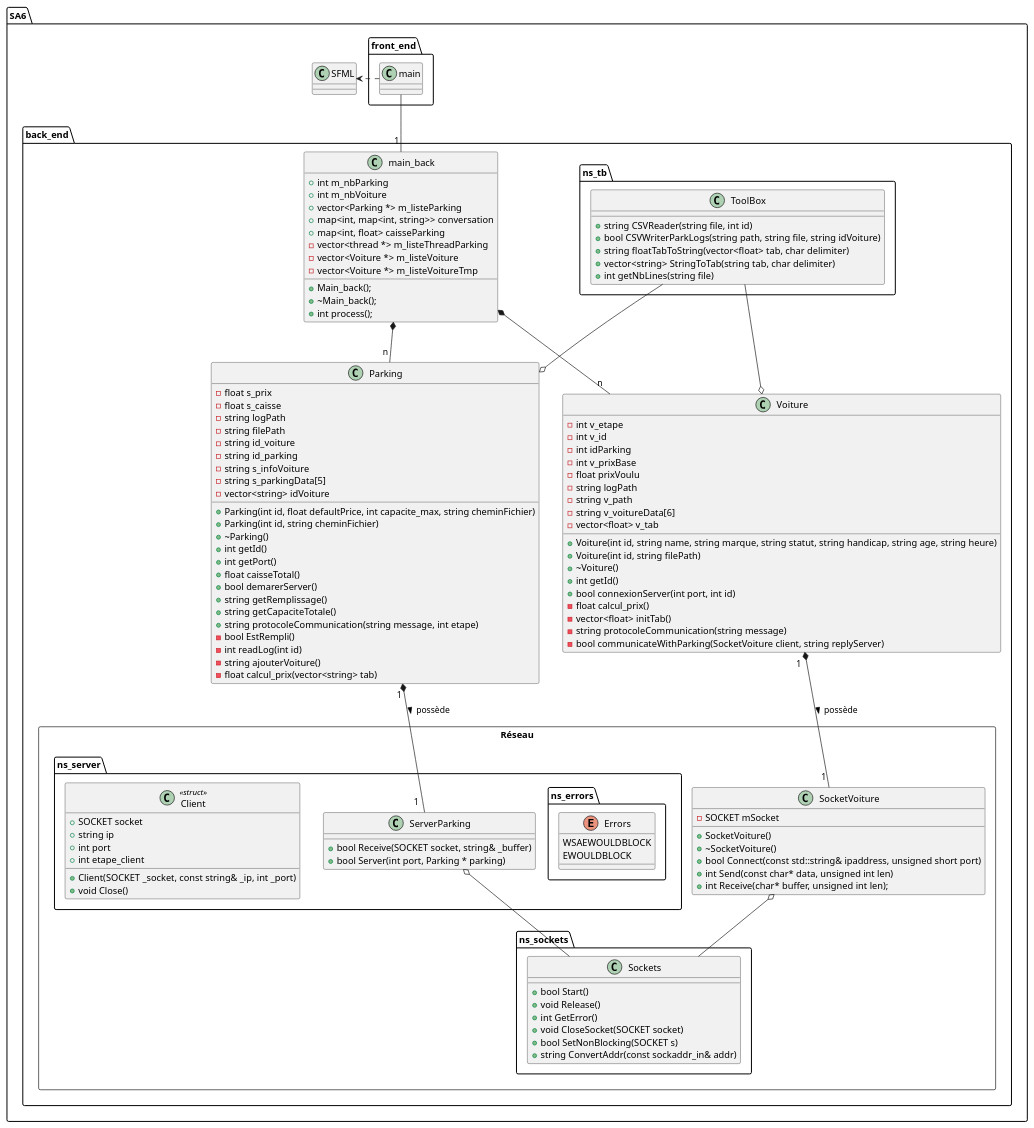
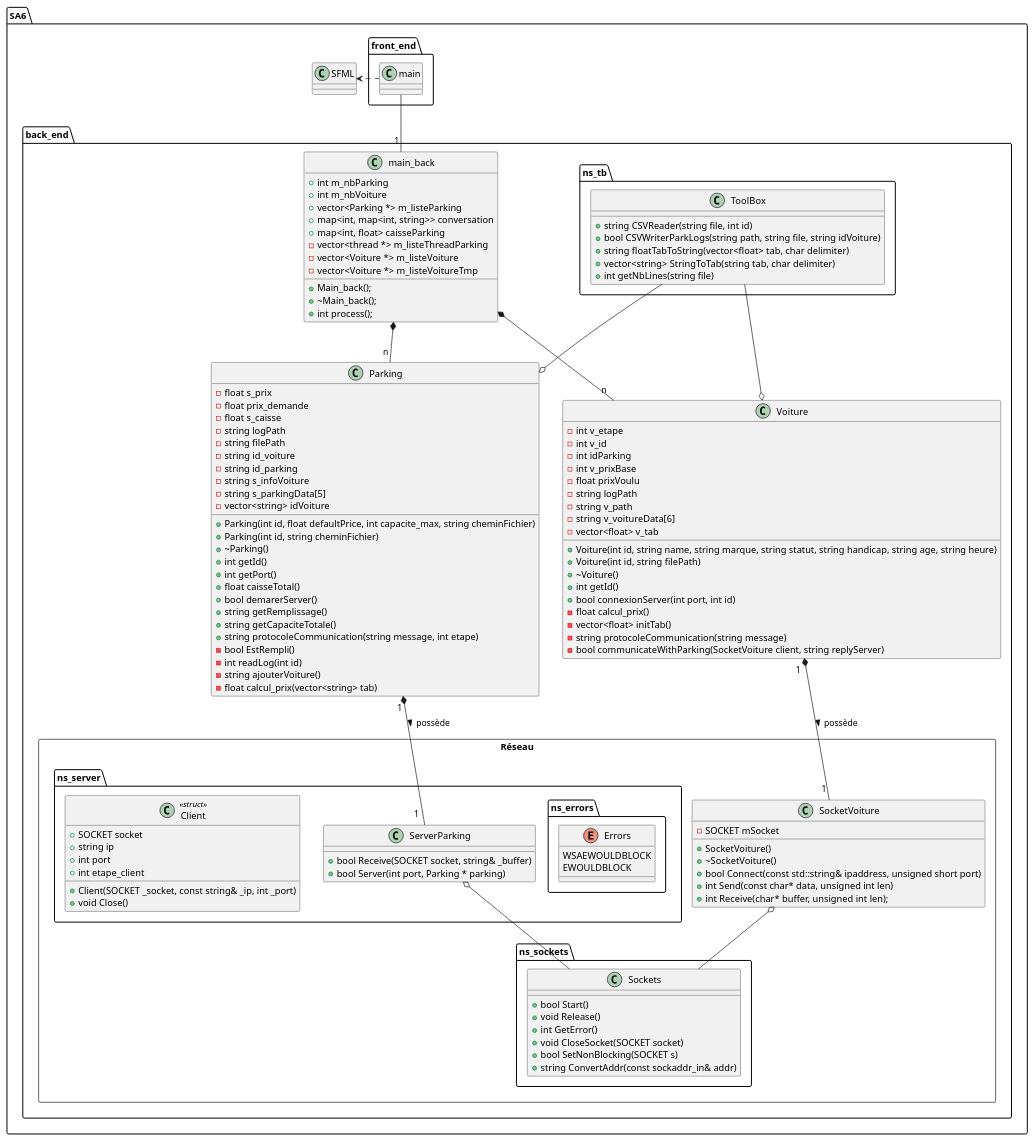
Before and after one commit to KevinFroissart/SA6_CarPark_AI: the diagram in SA6/doc/uml.plantuml, drawn with PlantUML. The commit also changed 19 other files, not shown here.

```diff
--- a/SA6/doc/uml.plantuml
+++ b/SA6/doc/uml.plantuml
@@ -1,155 +1,156 @@
 @startuml SA6_uml
 
 package SA6 {
 
     package front_end {
         class main {}
     }
 
     class SFML {}
 
     package back_end {
 
         class main_back {
             + int m_nbParking
             + int m_nbVoiture
             + vector<Parking *> m_listeParking
             + map<int, map<int, string>> conversation
             + map<int, float> caisseParking
             - vector<thread *> m_listeThreadParking
             - vector<Voiture *> m_listeVoiture
             - vector<Voiture *> m_listeVoitureTmp
 
             + Main_back();
             + ~Main_back();
             + int process();
         }
 
         package ns_tb {
             class ToolBox {
                 + string CSVReader(string file, int id)
                 + bool CSVWriterParkLogs(string path, string file, string idVoiture)
                 + string floatTabToString(vector<float> tab, char delimiter)
                 + vector<string> StringToTab(string tab, char delimiter)
                 + int getNbLines(string file)
             }
         }
         
         class Parking {
             - float s_prix
+            - float prix_demande
             - float s_caisse
             - string logPath
             - string filePath
             - string id_voiture
             - string id_parking
             - string s_infoVoiture
             - string s_parkingData[5]
             - vector<string> idVoiture
 
             + Parking(int id, float defaultPrice, int capacite_max, string cheminFichier)
             + Parking(int id, string cheminFichier)
             + ~Parking()
             + int getId()
             + int getPort()
             + float caisseTotal()
             + bool demarerServer()
             + string getRemplissage()
             + string getCapaciteTotale()
             + string protocoleCommunication(string message, int etape)
             - bool EstRempli()
             - int readLog(int id)
             - string ajouterVoiture()
             - float calcul_prix(vector<string> tab)
         }
 
         Class Voiture {
             - int v_etape
             - int v_id
             - int idParking
             - int v_prixBase
             - float prixVoulu
             - string logPath
             - string v_path
             - string v_voitureData[6]
             - vector<float> v_tab
 
             + Voiture(int id, string name, string marque, string statut, string handicap, string age, string heure)
             + Voiture(int id, string filePath)
             + ~Voiture()
             + int getId()
             + bool connexionServer(int port, int id)
             - float calcul_prix()
             - vector<float> initTab()
             - string protocoleCommunication(string message)
             - bool communicateWithParking(SocketVoiture client, string replyServer)
         }
 
         package Réseau <<Rectangle>> {
 
             package ns_server {
                 Class ServerParking {
                     + bool Receive(SOCKET socket, string& _buffer)
                     + bool Server(int port, Parking * parking)
                 }
 
                 package ns_errors {
                     enum Errors {
                         WSAEWOULDBLOCK
                         EWOULDBLOCK
                     }
                 }
 
                 Class Client << struct >> {
                     + SOCKET socket
                     + string ip
                     + int port
                     + int etape_client
 
                     + Client(SOCKET _socket, const string& _ip, int _port)
                     + void Close()
                 }
             }
 
             Class SocketVoiture {
                 - SOCKET mSocket
 
                 + SocketVoiture()
                 + ~SocketVoiture()
                 + bool Connect(const std::string& ipaddress, unsigned short port)
                 + int Send(const char* data, unsigned int len)
                 + int Receive(char* buffer, unsigned int len);	
             }
 
             package ns_sockets{
 
                 Class Sockets {
 
                     + bool Start()
                     + void Release()
                     + int GetError()
                     + void CloseSocket(SOCKET socket)
                     + bool SetNonBlocking(SOCKET s)
                     + string ConvertAddr(const sockaddr_in& addr)    
                 }
             }
         }
     }
 }
 
 main .right.> SFML
 main -down-  "1 " main_back
 
 main_back *-- "n" Voiture
 main_back *-- "n " Parking
 
 ToolBox --o Voiture
 ToolBox --o Parking
 
 Parking "1 " *-- "1  " ServerParking : > possède
 Voiture "1  " *-- "1 " SocketVoiture : possède >
 
 SocketVoiture o-- Sockets
 ServerParking o-- Sockets
 
 
 @enduml
```
